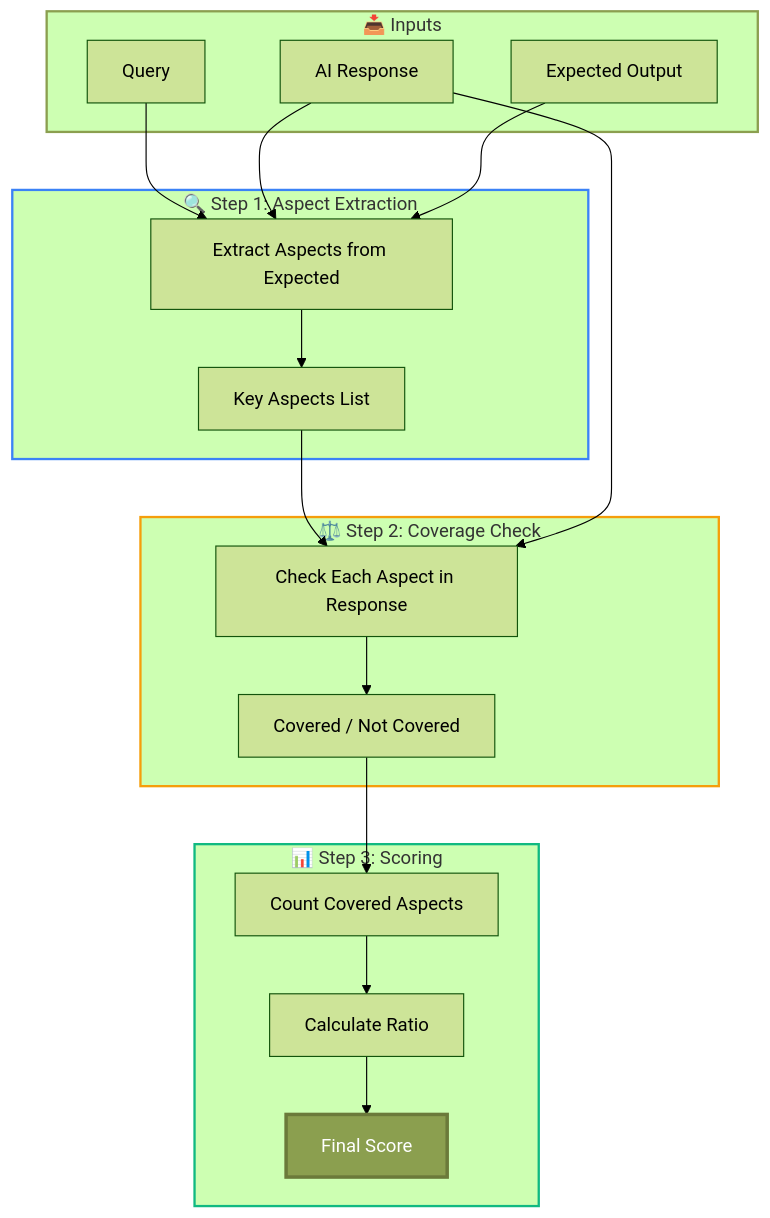
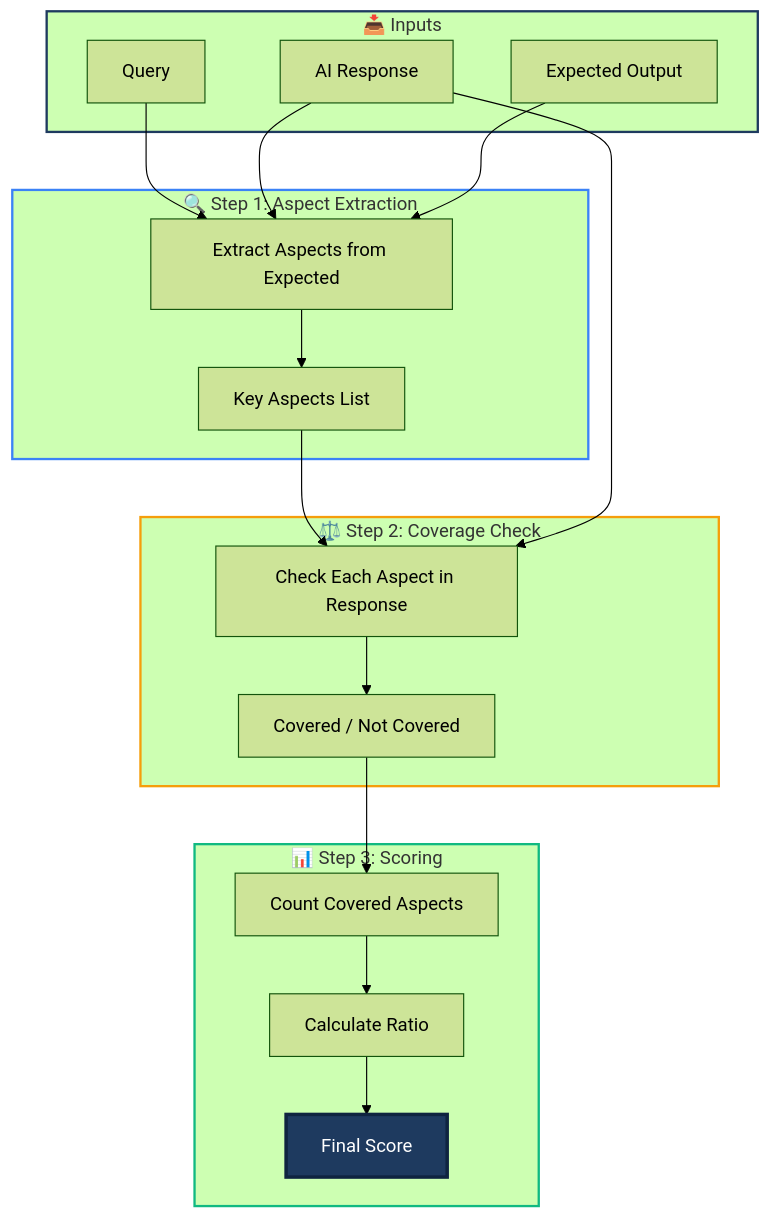
The diagram in docs/metric-registry/composite/answer_completeness.md (ax-foundry/axion), drawn with Mermaid (forest theme) before and after one commit. The commit also changed other lines of this file and 54 other files, not shown here.

````diff
--- a/docs/metric-registry/composite/answer_completeness.md
+++ b/docs/metric-registry/composite/answer_completeness.md
@@ -88,39 +88,39 @@
     ```mermaid
     flowchart TD
         subgraph INPUT["📥 Inputs"]
             A[Query]
             B[AI Response]
             C[Expected Output]
         end
 
         subgraph EXTRACT["🔍 Step 1: Aspect Extraction"]
             D[Extract Aspects from Expected]
             E["Key Aspects List"]
         end
 
         subgraph CHECK["⚖️ Step 2: Coverage Check"]
             F[Check Each Aspect in Response]
             G["Covered / Not Covered"]
         end
 
         subgraph SCORE["📊 Step 3: Scoring"]
             H["Count Covered Aspects"]
             I["Calculate Ratio"]
             J["Final Score"]
         end
 
         A & B & C --> D
         D --> E
         E --> F
         B --> F
         F --> G
         G --> H
         H --> I
         I --> J
 
-        style INPUT stroke:#8B9F4F,stroke-width:2px
+        style INPUT stroke:#1E3A5F,stroke-width:2px
         style EXTRACT stroke:#3b82f6,stroke-width:2px
         style CHECK stroke:#f59e0b,stroke-width:2px
         style SCORE stroke:#10b981,stroke-width:2px
-        style J fill:#8B9F4F,stroke:#6B7A3A,stroke-width:3px,color:#fff
+        style J fill:#1E3A5F,stroke:#0F2440,stroke-width:3px,color:#fff
     ```
````
